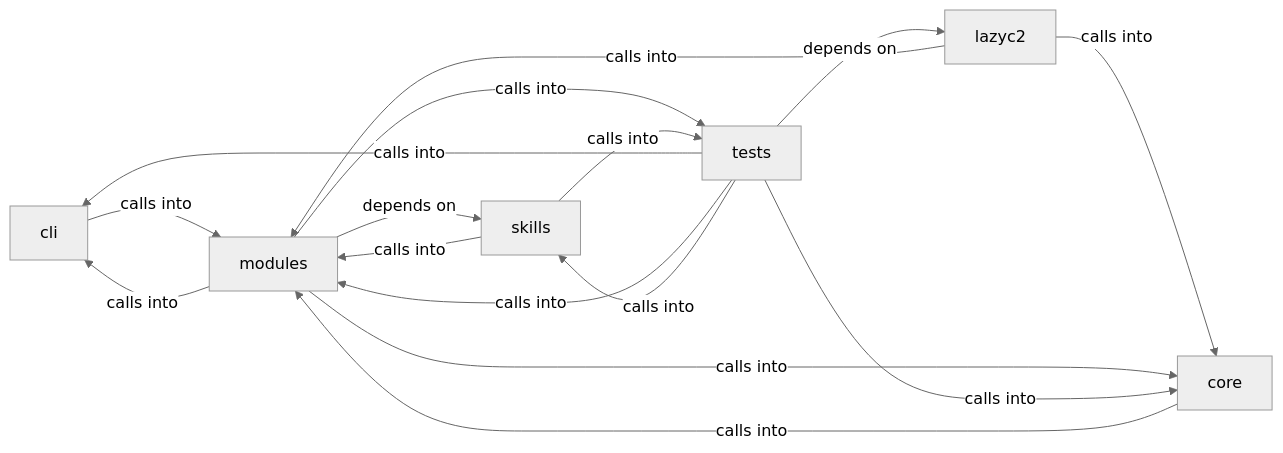
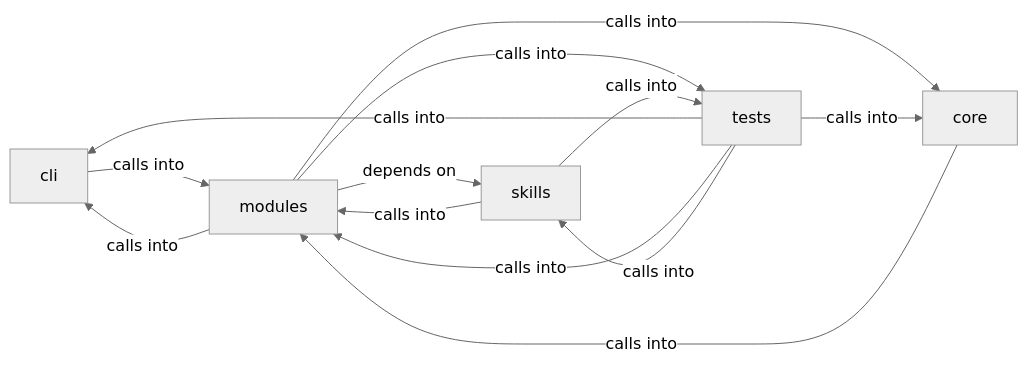
One commit to grisuno/LazyOwn changed the diagram in readmenator-diagrams/modules_lazy_loop.md. Above: the diagram before and after it, drawn with Mermaid (neutral theme). The commit also changed other lines of this file and 300 other files, not shown here.

````diff
--- a/readmenator-diagrams/modules_lazy_loop.md
+++ b/readmenator-diagrams/modules_lazy_loop.md
@@ -5,24 +5,20 @@
 ```mermaid
 graph LR
     cli["cli"]
     core["core"]
-    lazyc2["lazyc2"]
     modules["modules"]
     skills["skills"]
     tests["tests"]
     cli -- "calls into" --> modules
     core -- "calls into" --> modules
-    lazyc2 -- "calls into" --> core
-    lazyc2 -- "calls into" --> modules
     modules -- "calls into" --> cli
     modules -- "calls into" --> core
     modules -- "depends on" --> skills
     modules -- "calls into" --> tests
     skills -- "calls into" --> modules
     skills -- "calls into" --> tests
     tests -- "calls into" --> cli
     tests -- "calls into" --> core
-    tests -- "depends on" --> lazyc2
     tests -- "calls into" --> modules
     tests -- "calls into" --> skills
 ```
````
